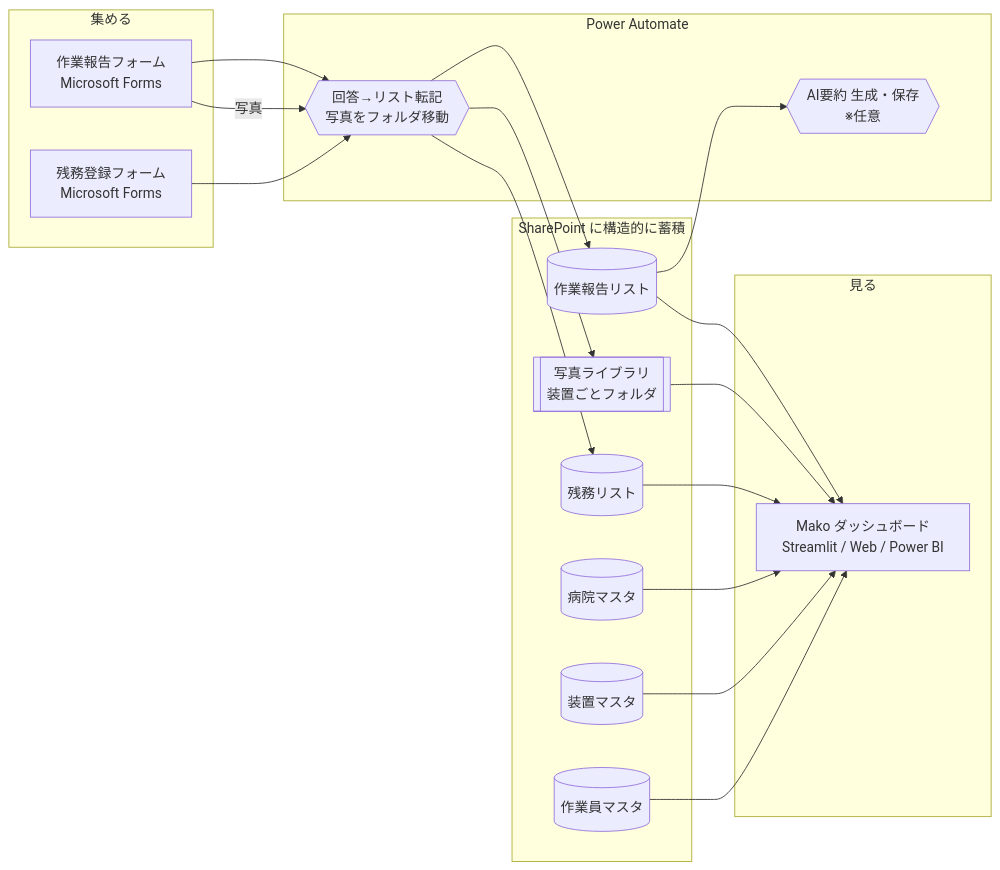
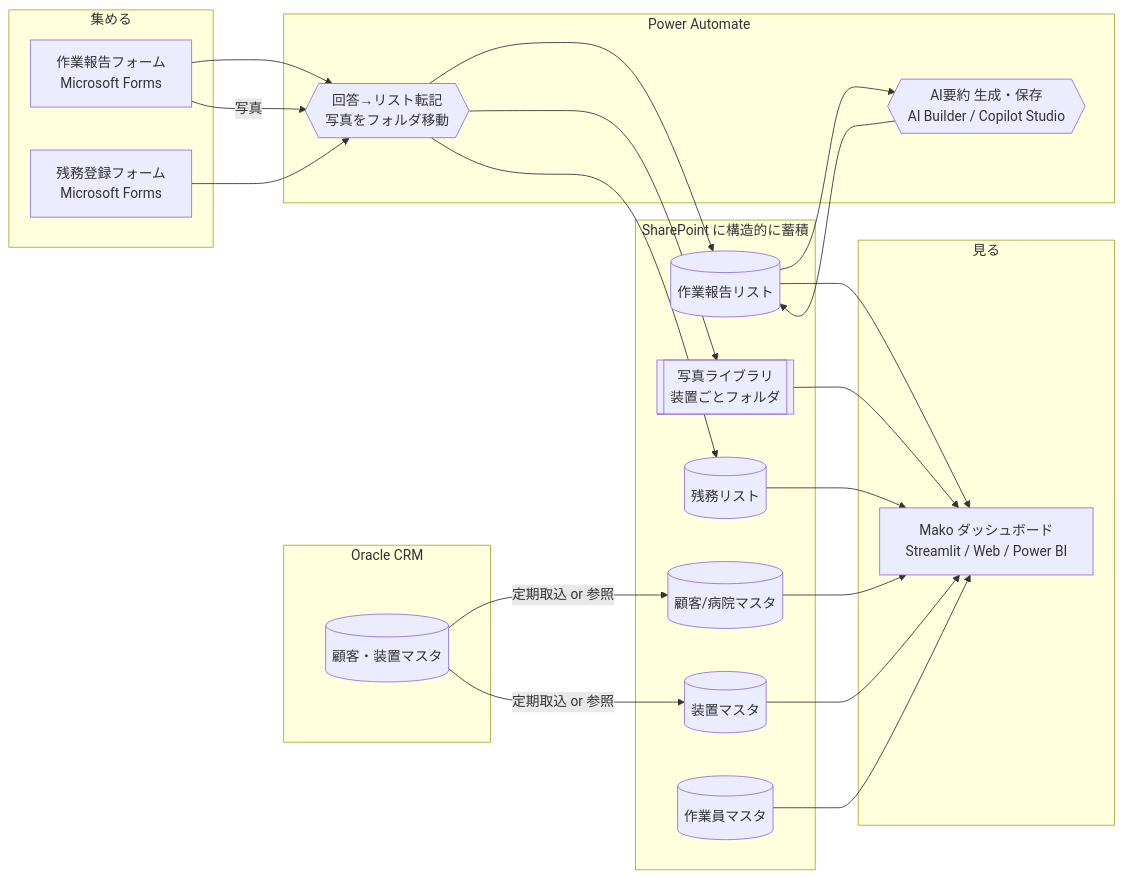
One commit to m0925k-ctrl/Mako changed the diagram in docs/forms-and-flow.md. Above: the diagram before and after it, drawn with Mermaid. The commit also changed other lines of this file, not shown here.

First line of the commit message:
設計書を実環境に整合: AI=Copilot Enterprise(AI Builder/Copilot Studio)、マスタ=Oracle CRM取込

````diff
--- a/docs/forms-and-flow.md
+++ b/docs/forms-and-flow.md
@@ -7,29 +13,33 @@
 ```mermaid
 flowchart LR
+  subgraph CRM[Oracle CRM]
+    OR[(顧客・装置マスタ)]
+  end
   subgraph 集める
     F1[作業報告フォーム\nMicrosoft Forms]
     F2[残務登録フォーム\nMicrosoft Forms]
   end
   subgraph 貯める[SharePoint に構造的に蓄積]
     L1[(作業報告リスト)]
     L2[(残務リスト)]
     LIB[[写真ライブラリ\n装置ごとフォルダ]]
-    M1[(病院マスタ)]
+    M1[(顧客/病院マスタ)]
     M2[(装置マスタ)]
     M3[(作業員マスタ)]
   end
   subgraph 整理[Power Automate]
     PA1{{回答→リスト転記\n写真をフォルダ移動}}
-    PA2{{AI要約 生成・保存\n※任意}}
+    PA2{{AI要約 生成・保存\nAI Builder / Copilot Studio}}
   end
   subgraph 見る
     D1[Mako ダッシュボード\nStreamlit / Web / Power BI]
   end
 
+  OR -->|定期取込 or 参照| M1 & M2
   F1 --> PA1 --> L1
   F1 -->|写真| PA1 --> LIB
   F2 --> PA1 --> L2
-  L1 --> PA2
+  L1 --> PA2 --> L1
   M1 & M2 & M3 --> D1
   L1 & L2 & LIB --> D1
 ```
````
